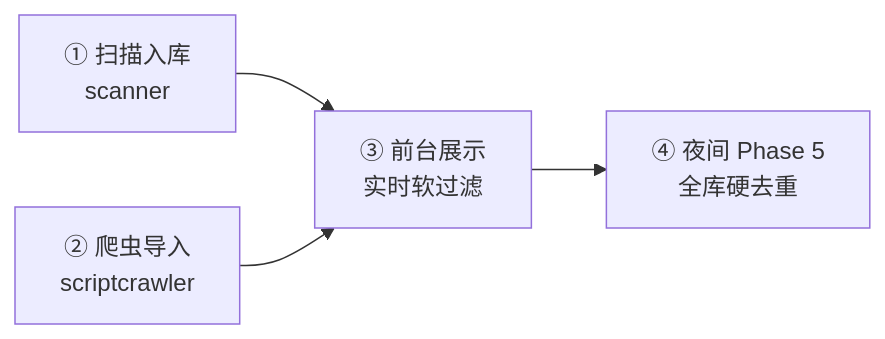
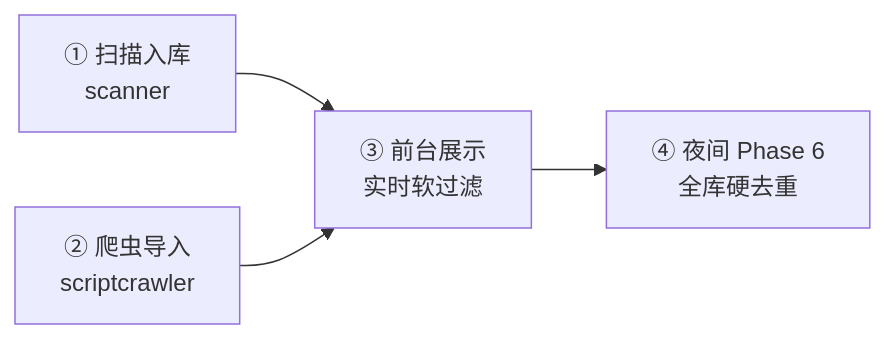
The first of 3 diagrams in backend/docs/DEDUP.md (BAIBAIGE/91), drawn with Mermaid before and after one commit. The commit also changed other lines of this file and 26 other files, not shown here.

````diff
--- a/backend/docs/DEDUP.md
+++ b/backend/docs/DEDUP.md
@@ -7,6 +7,6 @@
 ```mermaid
 flowchart LR
     A["① 扫描入库<br/>scanner"] --> C["③ 前台展示<br/>实时软过滤"]
     B["② 爬虫导入<br/>scriptcrawler"] --> C
-    C --> D["④ 夜间 Phase 5<br/>全库硬去重"]
+    C --> D["④ 夜间 Phase 6<br/>全库硬去重"]
 ```
````
